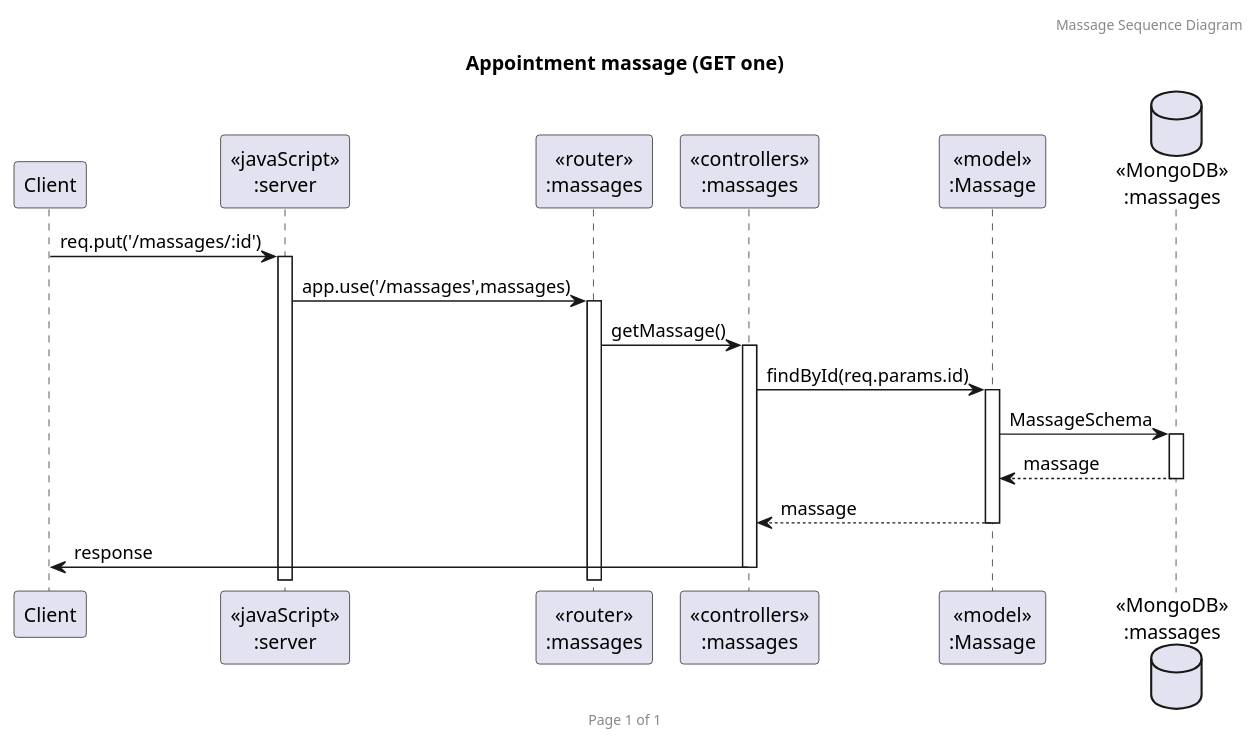
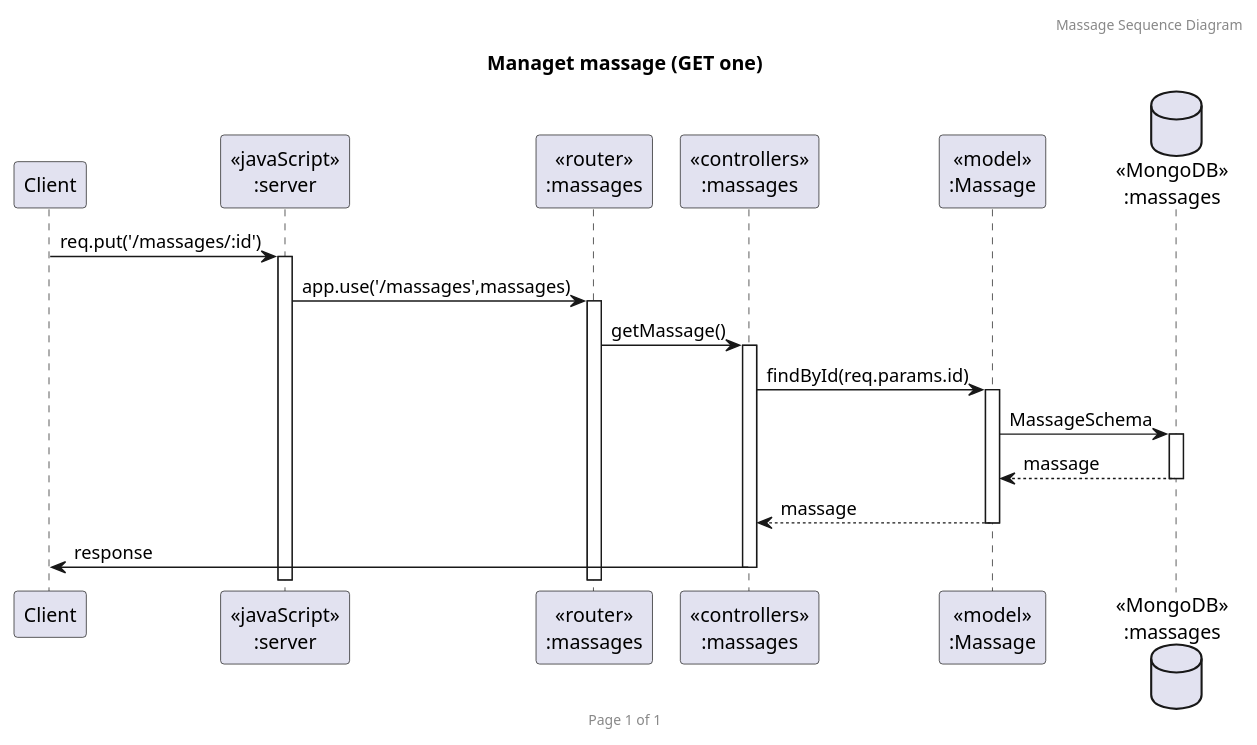
Before and after one commit to 2110503TACEDT66/presentation-day-1-samsaomidnight: the diagram in PlantUml/getone.puml, drawn with PlantUML. The commit also changed 4 other files, not shown here.

Commit message:
Massage  UML already done ver1.0

```diff
--- a/PlantUml/getone.puml
+++ b/PlantUml/getone.puml
@@ -2,23 +2,23 @@
-@startuml Appointment massage (GET one)
+@startuml Manage massage (GET one)
 
 header Massage Sequence Diagram
 footer Page %page% of %lastpage%
-title "Appointment massage (GET one)"
+title "Managet massage (GET one)"
 
 participant "Client" as client
 participant "<<javaScript>>\n:server" as server
 participant "<<router>>\n:massages" as routerMassages
 participant "<<controllers>>\n:massages" as controllersMassages
 participant "<<model>>\n:Massage" as modelMassage
 database "<<MongoDB>>\n:massages" as MassagesDatabase
 
 client->server ++:req.put('/massages/:id')
 server->routerMassages ++:app.use('/massages',massages)
 routerMassages -> controllersMassages ++:getMassage()
 controllersMassages->modelMassage ++:findById(req.params.id)
 modelMassage ->MassagesDatabase ++: MassageSchema
 MassagesDatabase --> modelMassage --: massage
 controllersMassages <-- modelMassage --:massage
 controllersMassages->client --:response
 
 @enduml
```
